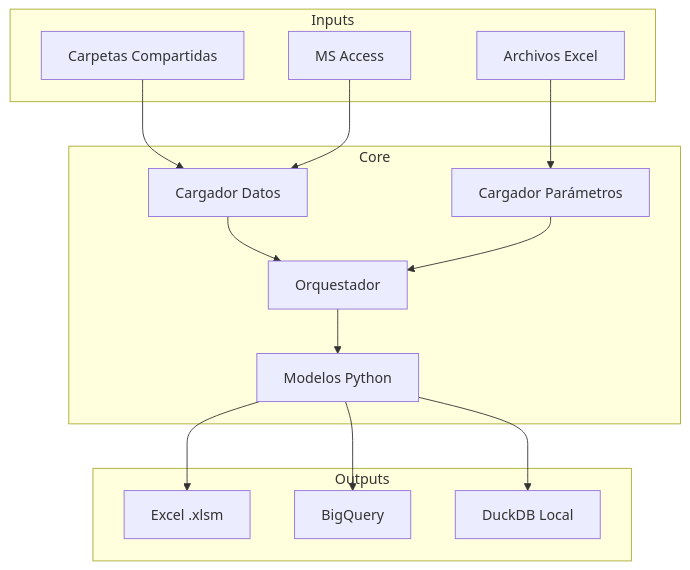
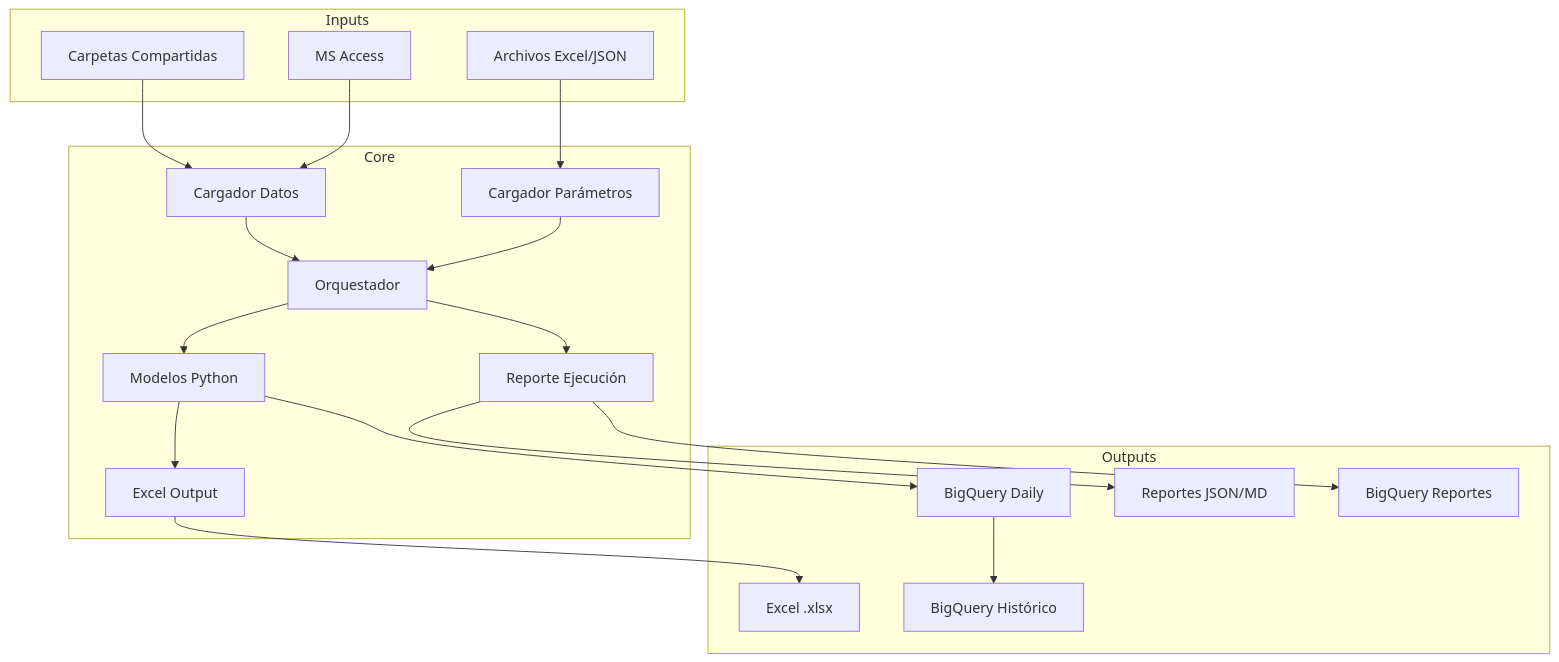
The diagram in docs/desarrollo/arquitectura.md (vmlandae/bfa-cl-modelos-diarios-v1), drawn with Mermaid before and after one commit. The commit also changed other lines of this file and 9 other files, not shown here.

````diff
--- a/docs/desarrollo/arquitectura.md
+++ b/docs/desarrollo/arquitectura.md
@@ -12,31 +12,38 @@
 ```mermaid
 graph TB
     subgraph Inputs
         A[Carpetas Compartidas]
         B[MS Access]
-        C[Archivos Excel]
+        C[Archivos Excel/JSON]
     end
     
     subgraph Core
         D[Orquestador]
         E[Cargador Datos]
         F[Cargador Parámetros]
         G[Modelos Python]
+        H[Excel Output]
+        R[Reporte Ejecución]
     end
     
     subgraph Outputs
-        H[Excel .xlsm]
-        I[BigQuery]
-        J[DuckDB Local]
+        I[Excel .xlsx]
+        J[BigQuery Daily]
+        K[BigQuery Histórico]
+        L[Reportes JSON/MD]
+        M[BigQuery Reportes]
     end
     
     A --> E
     B --> E
     C --> F
     E --> D
     F --> D
     D --> G
-    G --> H
-    G --> I
+    G --> H --> I
     G --> J
+    J --> K
+    D --> R
+    R --> L
+    R --> M
 ```
````
